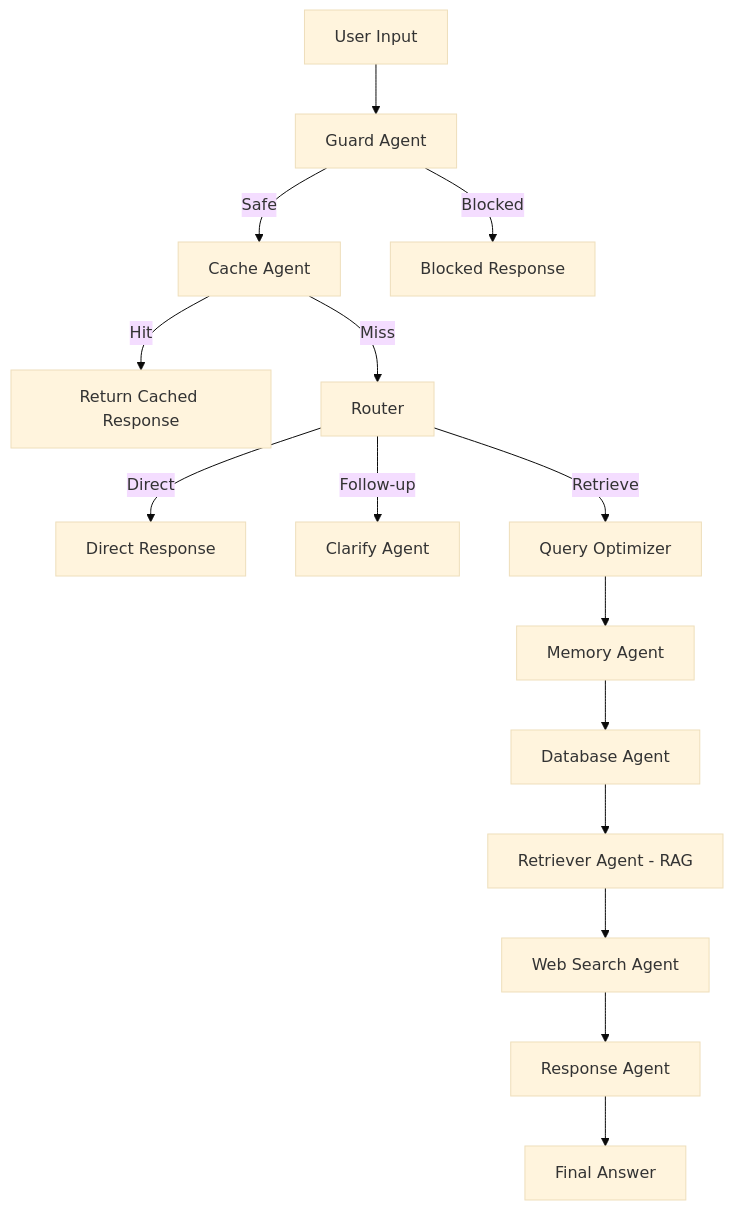
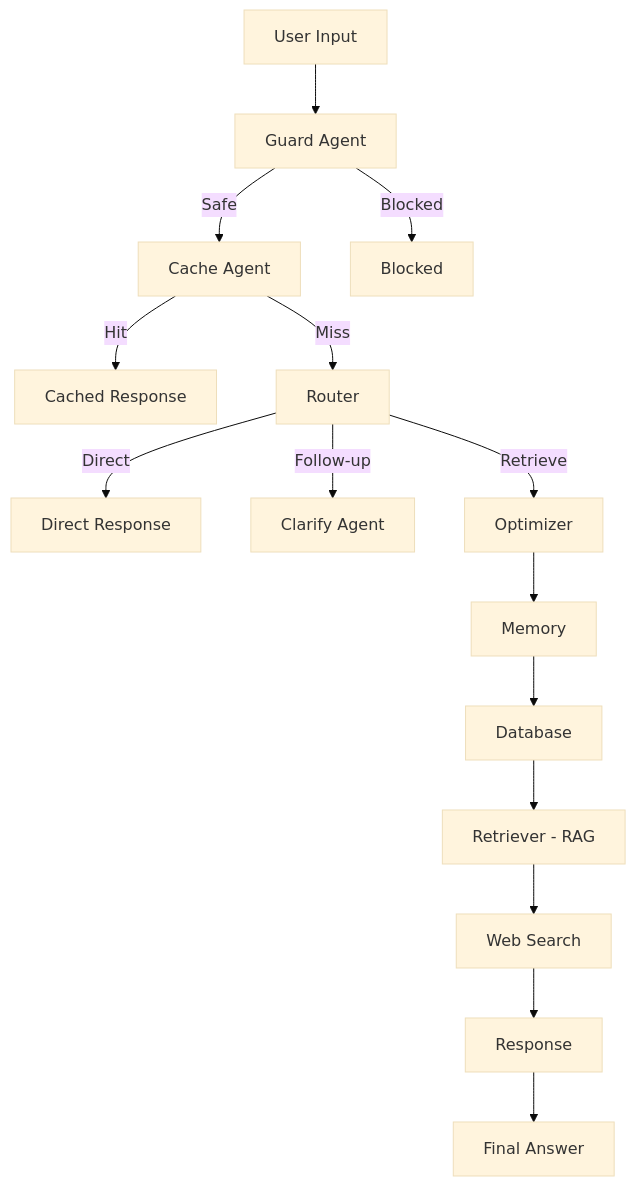
Before and after one commit to A7med668/LangGraph-Multi-Agent-Mobile-Security-Assistant: the first of 2 diagrams in README.md, drawn with Mermaid (base theme). The commit also changed other lines of this file, not shown here.

````diff
--- a/README.md
+++ b/README.md
@@ -26,22 +36,22 @@
 ```mermaid
 graph TD
     A[User Input] --> B[Guard Agent]
 
     B -->|Safe| C[Cache Agent]
-    B -->|Blocked| Z[Blocked Response]
+    B -->|Blocked| Z[Blocked]
 
-    C -->|Hit| Y[Return Cached Response]
+    C -->|Hit| Y[Cached Response]
     C -->|Miss| D[Router]
 
     D -->|Direct| E[Direct Response]
     D -->|Follow-up| F[Clarify Agent]
-    D -->|Retrieve| G[Query Optimizer]
+    D -->|Retrieve| G[Optimizer]
 
-    G --> H[Memory Agent]
-    H --> I[Database Agent]
-    I --> J["Retriever Agent - RAG"]
-    J --> K[Web Search Agent]
+    G --> H[Memory]
+    H --> I[Database]
+    I --> J["Retriever - RAG"]
+    J --> K[Web Search]
 
-    K --> L[Response Agent]
+    K --> L[Response]
     L --> M[Final Answer]
 ```
````
